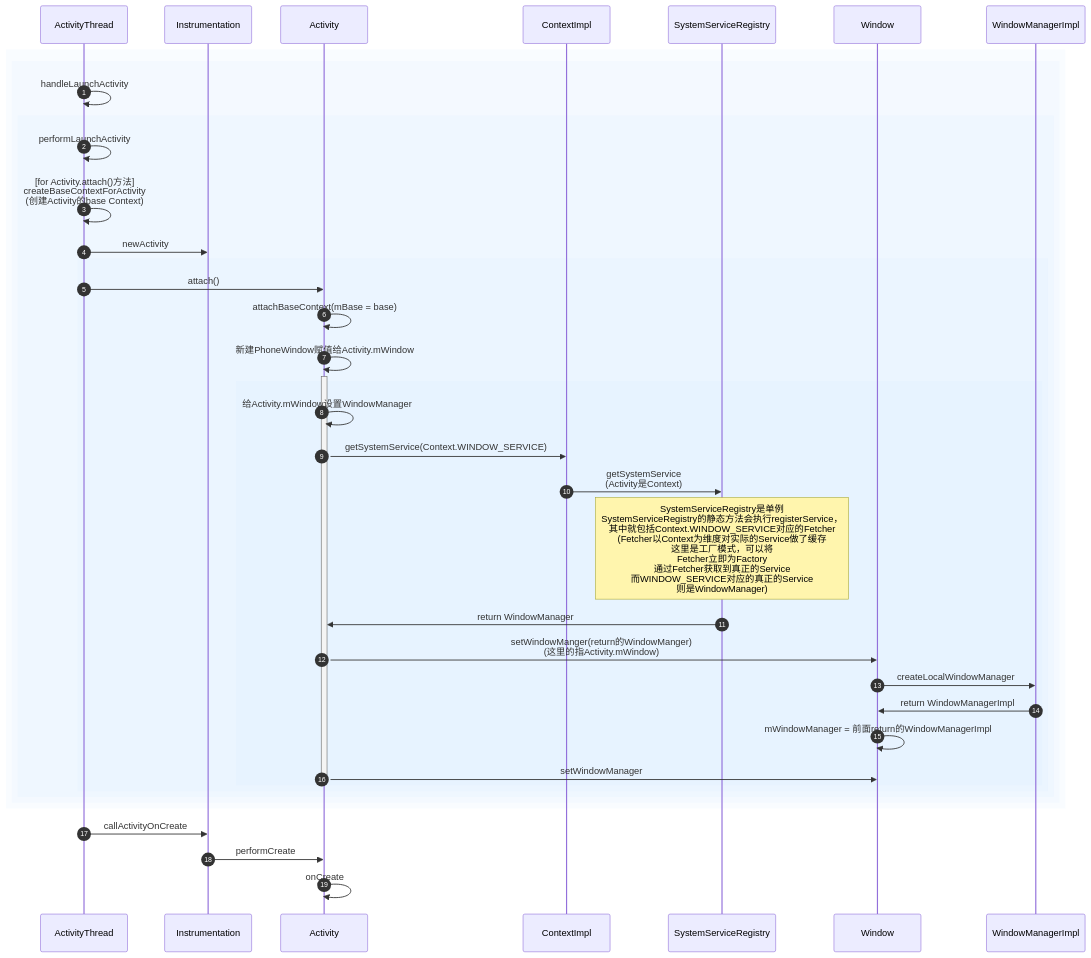
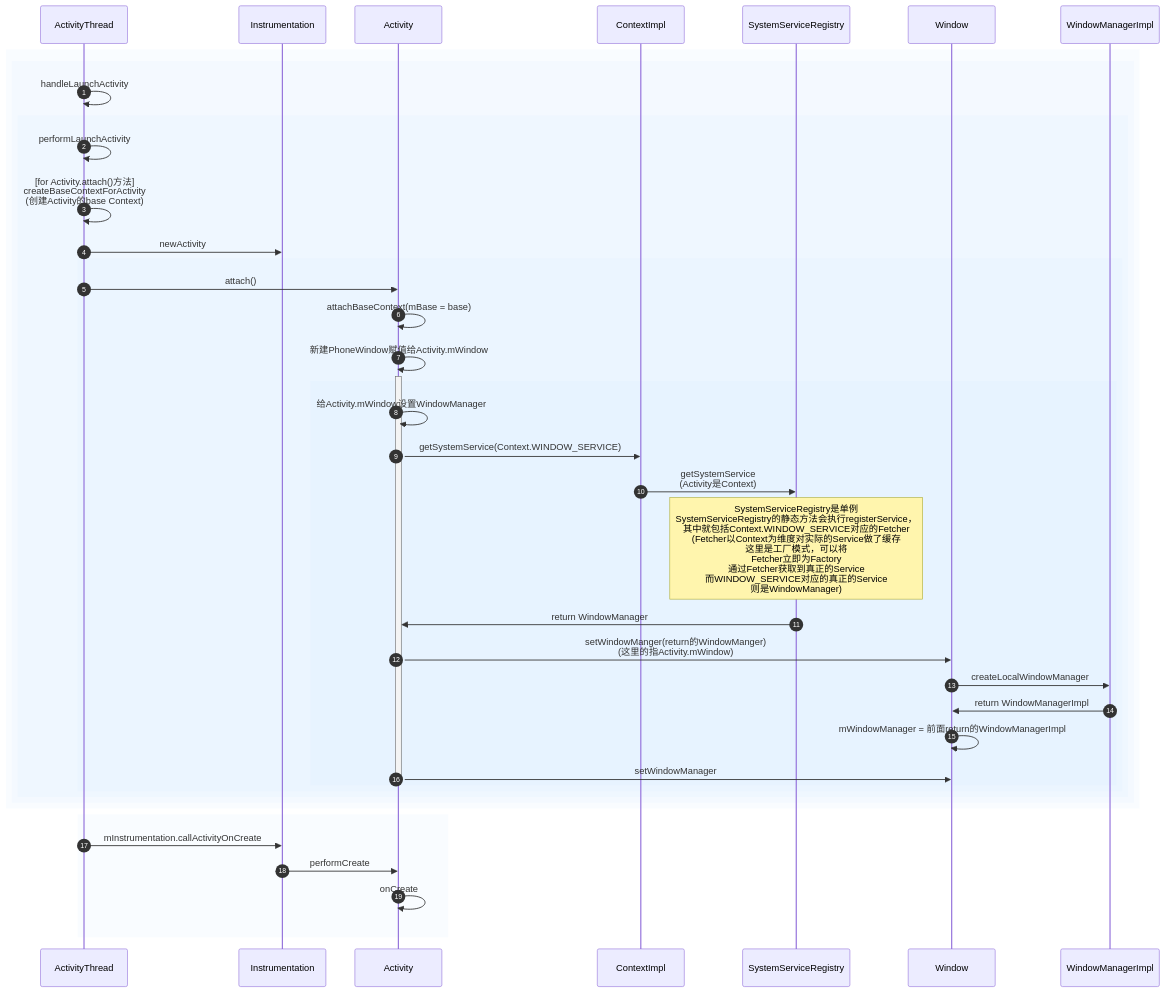
The eighth of 10 diagrams in source/_posts/Android/Android窗口机制.md (swithun-liu/swithun-liu.github.io), drawn with Mermaid before and after one commit.

Commit message:
回忆Looper

````diff
--- a/source/_posts/Android/Android窗口机制.md
+++ b/source/_posts/Android/Android窗口机制.md
@@ -1313,34 +1313,36 @@
 ```mermaid
 sequenceDiagram
 autonumber
 rect rgba(191, 223, 255, .1) 
     rect rgba(191, 223, 255, .1) 
         ActivityThread ->> ActivityThread: handleLaunchActivity
         rect rgba(191, 223, 255, .1) 
             ActivityThread ->> ActivityThread: performLaunchActivity
             ActivityThread ->> ActivityThread: [for Activity.attach()方法]<br>createBaseContextForActivity<br>(创建Activity的base Context)
             ActivityThread ->> Instrumentation: newActivity
             rect rgba(191, 223, 255, .1) 
                 ActivityThread ->> Activity: attach()
                 Activity ->> Activity: attachBaseContext(mBase = base)
                 Activity ->> +Activity: 新建PhoneWindow赋值给Activity.mWindow
                 rect rgba(191, 223, 255, .1) 
                     Activity ->> Activity: 给Activity.mWindow设置WindowManager
                     Activity ->> ContextImpl: getSystemService(Context.WINDOW_SERVICE)
                     ContextImpl ->> SystemServiceRegistry: getSystemService<br>(Activity是Context)
                     note over SystemServiceRegistry: SystemServiceRegistry是单例<br>SystemServiceRegistry的静态方法会执行registerService，<br>其中就包括Context.WINDOW_SERVICE对应的Fetcher<br>(Fetcher以Context为维度对实际的Service做了缓存<br>这里是工厂模式，可以将<br>Fetcher立即为Factory<br>通过Fetcher获取到真正的Service<br>而WINDOW_SERVICE对应的真正的Service<br>则是WindowManager)
                     SystemServiceRegistry ->> Activity: return WindowManager
                     Activity ->> Window: setWindowManger(return的WindowManger)<br>(这里的指Activity.mWindow)
                     Window ->> WindowManagerImpl: createLocalWindowManager
                     WindowManagerImpl ->> Window: return WindowManagerImpl
                     Window ->> Window: mWindowManager = 前面return的WindowManagerImpl
                     Activity ->> -Window: setWindowManager
                 end
             end
         end
     end
 end
-ActivityThread ->> Instrumentation: callActivityOnCreate
+rect rgba(191, 223, 255, .1) 
+ActivityThread ->> Instrumentation: mInstrumentation.callActivityOnCreate
 Instrumentation ->> Activity: performCreate
 Activity ->> Activity: onCreate
+end
 ```
````
